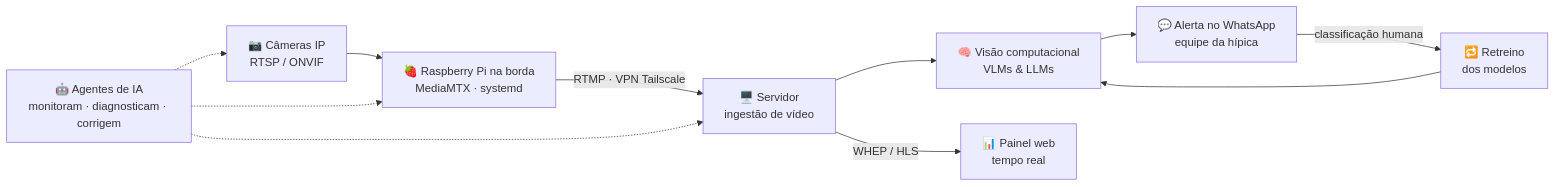
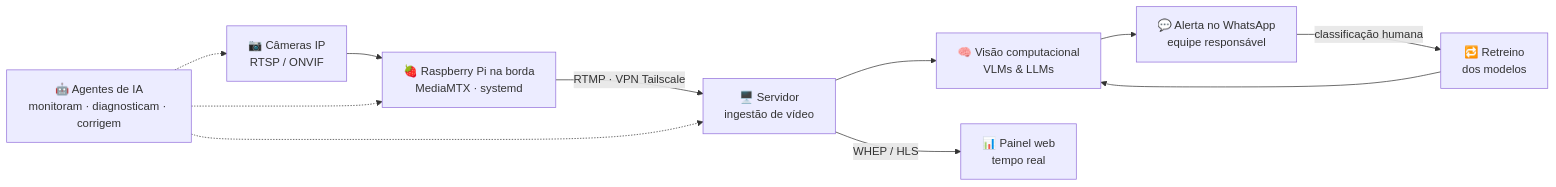
One commit to zezinDomingues/zezinDomingues changed the diagram in README.md. Above: the diagram before and after it, drawn with Mermaid. The commit also changed other lines of this file, not shown here.

Commit message:
Diagrama de arquitetura sem nome de produto

````diff
--- a/README.md
+++ b/README.md
@@ -135,13 +135,13 @@
 ```mermaid
 flowchart LR
     A["📷 Câmeras IP<br/>RTSP / ONVIF"] --> B["🍓 Raspberry Pi na borda<br/>MediaMTX · systemd"]
     B -- "RTMP · VPN Tailscale" --> C["🖥️ Servidor<br/>ingestão de vídeo"]
     C --> D["🧠 Visão computacional<br/>VLMs & LLMs"]
     C -- "WHEP / HLS" --> E["📊 Painel web<br/>tempo real"]
-    D --> F["💬 Alerta no WhatsApp<br/>equipe da hípica"]
+    D --> F["💬 Alerta no WhatsApp<br/>equipe responsável"]
     F -- "classificação humana" --> G["🔁 Retreino<br/>dos modelos"]
     G --> D
     H["🤖 Agentes de IA<br/>monitoram · diagnosticam · corrigem"] -.-> A
     H -.-> B
     H -.-> C
 ```
````
